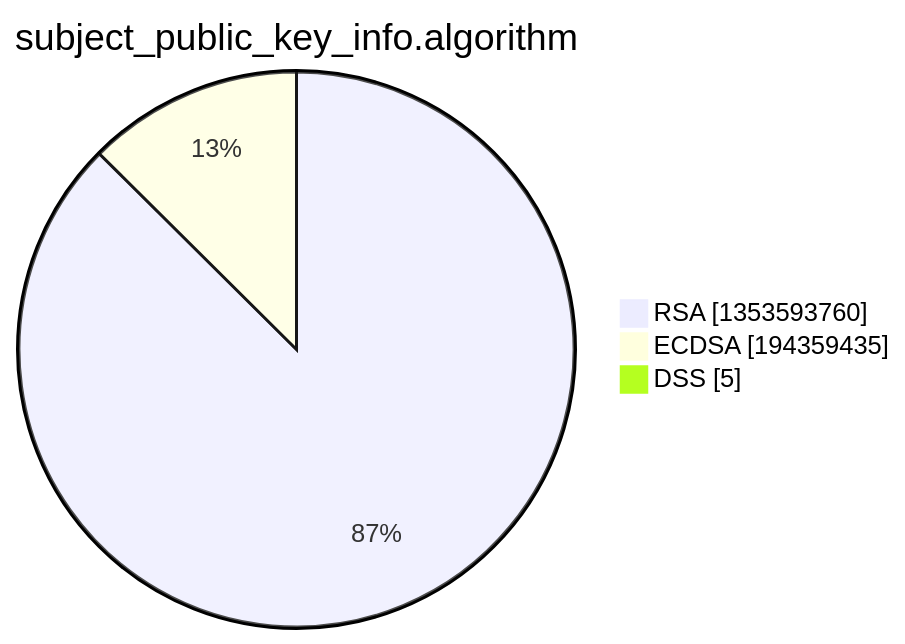
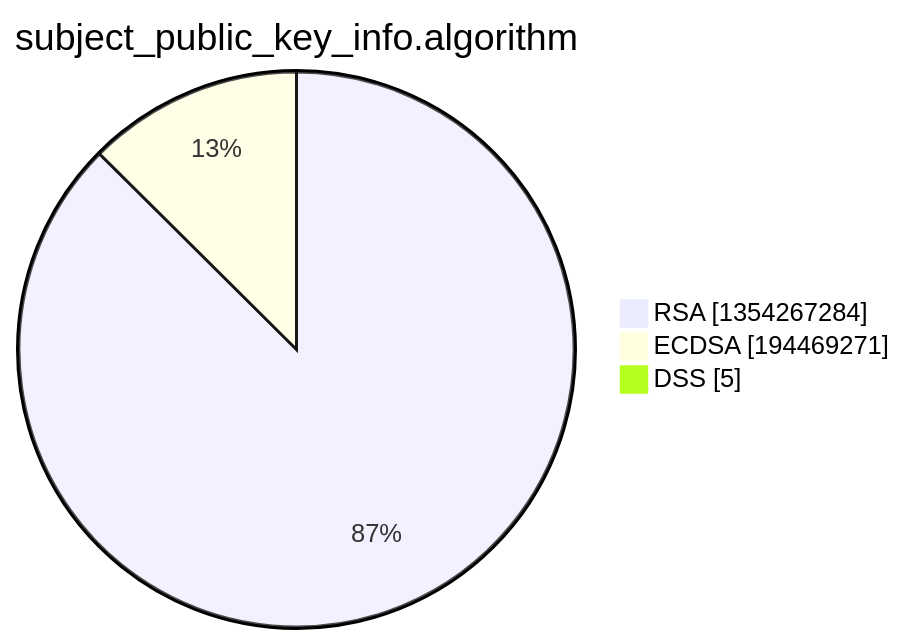
The third of 15 diagrams in xenon2022/README.md (christiankrug/ctmonitor_visualization), drawn with Mermaid before and after one commit. The commit also changed other lines of this file, not shown here.

````diff
--- a/xenon2022/README.md
+++ b/xenon2022/README.md
@@ -14,7 +14,7 @@
 ```mermaid
 pie showData
 title subject_public_key_info.algorithm
-"RSA" :1353593760
-"ECDSA" :194359435
+"RSA" :1354267284
+"ECDSA" :194469271
 "DSS" :5
 ```
````
